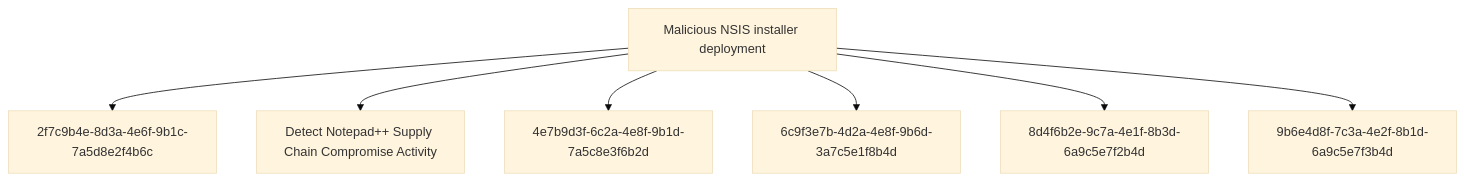
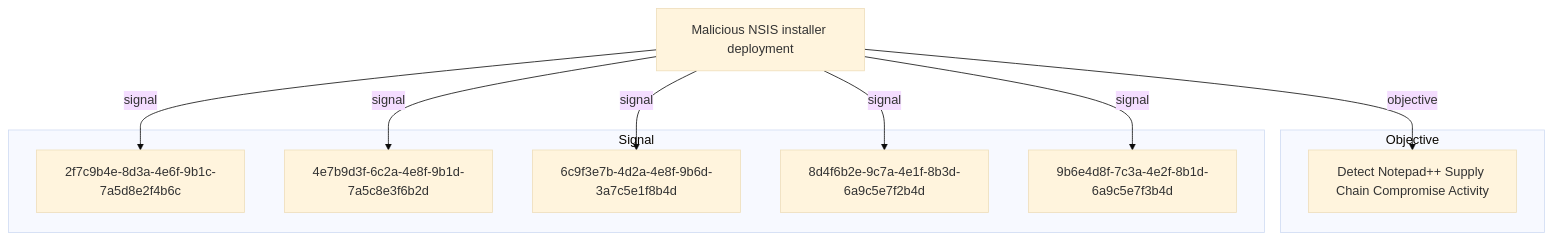
One commit to opentidehq/library changed the second of 2 diagrams in docs/threats/malicious-nsis-installer-deployment.md. Above: the diagram before and after it, drawn with Mermaid (base theme). The commit also changed other lines of this file and 277 other files, not shown here.

````diff
--- a/docs/threats/malicious-nsis-installer-deployment.md
+++ b/docs/threats/malicious-nsis-installer-deployment.md
@@ -142,16 +180,20 @@
 ```mermaid
 flowchart TB
-52462685_bebb_4e86_94b0_fd46aeacb085["Malicious NSIS installer deployment"]
+subgraph "Objective"
+3e8b5d7f_9c2a_4f6e_8b1d_7a4c9e3f6b2d["Detect Notepad++ Supply Chain Compromise Activity"]
+end
+subgraph "Signal"
 2f7c9b4e_8d3a_4e6f_9b1c_7a5d8e2f4b6c["2f7c9b4e-8d3a-4e6f-9b1c-7a5d8e2f4b6c"]
-3e8b5d7f_9c2a_4f6e_8b1d_7a4c9e3f6b2d["Detect Notepad++ Supply Chain Compromise Activity"]
 4e7b9d3f_6c2a_4e8f_9b1d_7a5c8e3f6b2d["4e7b9d3f-6c2a-4e8f-9b1d-7a5c8e3f6b2d"]
 6c9f3e7b_4d2a_4e8f_9b6d_3a7c5e1f8b4d["6c9f3e7b-4d2a-4e8f-9b6d-3a7c5e1f8b4d"]
 8d4f6b2e_9c7a_4e1f_8b3d_6a9c5e7f2b4d["8d4f6b2e-9c7a-4e1f-8b3d-6a9c5e7f2b4d"]
 9b6e4d8f_7c3a_4e2f_8b1d_6a9c5e7f3b4d["9b6e4d8f-7c3a-4e2f-8b1d-6a9c5e7f3b4d"]
-52462685_bebb_4e86_94b0_fd46aeacb085 --> 2f7c9b4e_8d3a_4e6f_9b1c_7a5d8e2f4b6c
-52462685_bebb_4e86_94b0_fd46aeacb085 --> 3e8b5d7f_9c2a_4f6e_8b1d_7a4c9e3f6b2d
-52462685_bebb_4e86_94b0_fd46aeacb085 --> 4e7b9d3f_6c2a_4e8f_9b1d_7a5c8e3f6b2d
-52462685_bebb_4e86_94b0_fd46aeacb085 --> 6c9f3e7b_4d2a_4e8f_9b6d_3a7c5e1f8b4d
-52462685_bebb_4e86_94b0_fd46aeacb085 --> 8d4f6b2e_9c7a_4e1f_8b3d_6a9c5e7f2b4d
-52462685_bebb_4e86_94b0_fd46aeacb085 --> 9b6e4d8f_7c3a_4e2f_8b1d_6a9c5e7f3b4d
+end
+52462685_bebb_4e86_94b0_fd46aeacb085["Malicious NSIS installer deployment"]
+52462685_bebb_4e86_94b0_fd46aeacb085 -->|objective| 3e8b5d7f_9c2a_4f6e_8b1d_7a4c9e3f6b2d
+52462685_bebb_4e86_94b0_fd46aeacb085 -->|signal| 2f7c9b4e_8d3a_4e6f_9b1c_7a5d8e2f4b6c
+52462685_bebb_4e86_94b0_fd46aeacb085 -->|signal| 4e7b9d3f_6c2a_4e8f_9b1d_7a5c8e3f6b2d
+52462685_bebb_4e86_94b0_fd46aeacb085 -->|signal| 6c9f3e7b_4d2a_4e8f_9b6d_3a7c5e1f8b4d
+52462685_bebb_4e86_94b0_fd46aeacb085 -->|signal| 8d4f6b2e_9c7a_4e1f_8b3d_6a9c5e7f2b4d
+52462685_bebb_4e86_94b0_fd46aeacb085 -->|signal| 9b6e4d8f_7c3a_4e2f_8b1d_6a9c5e7f3b4d
 ```
````
